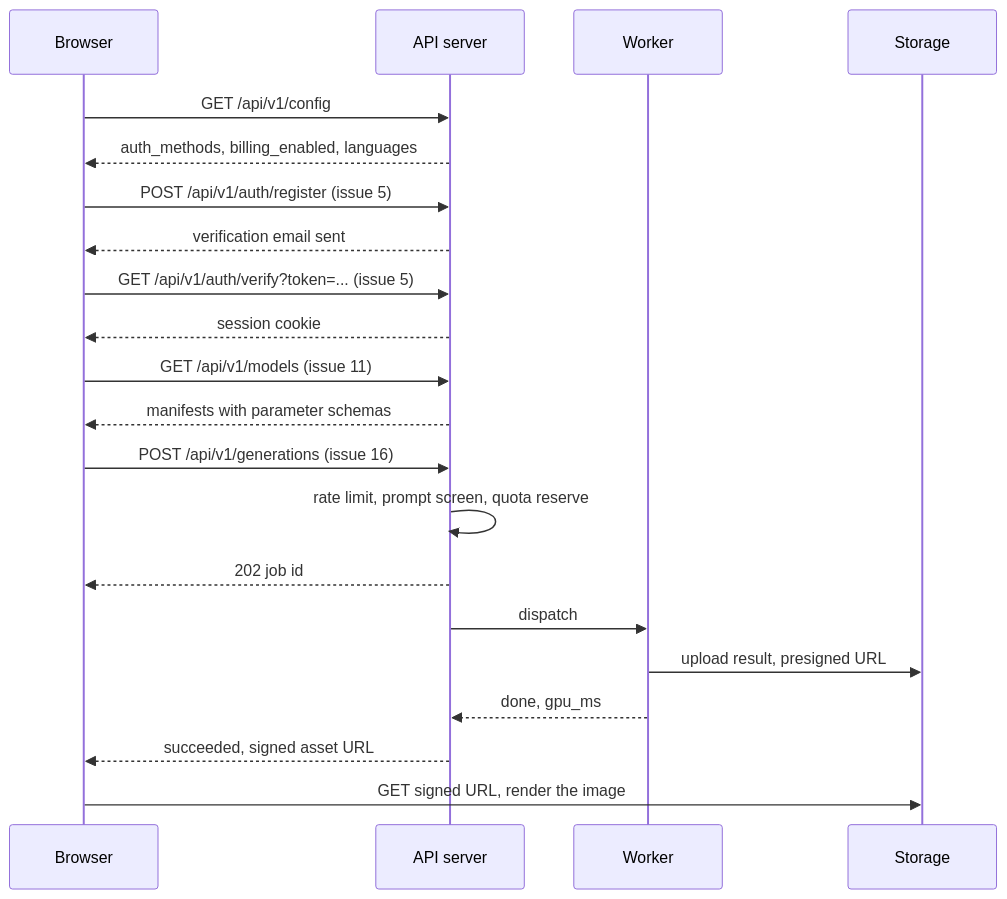
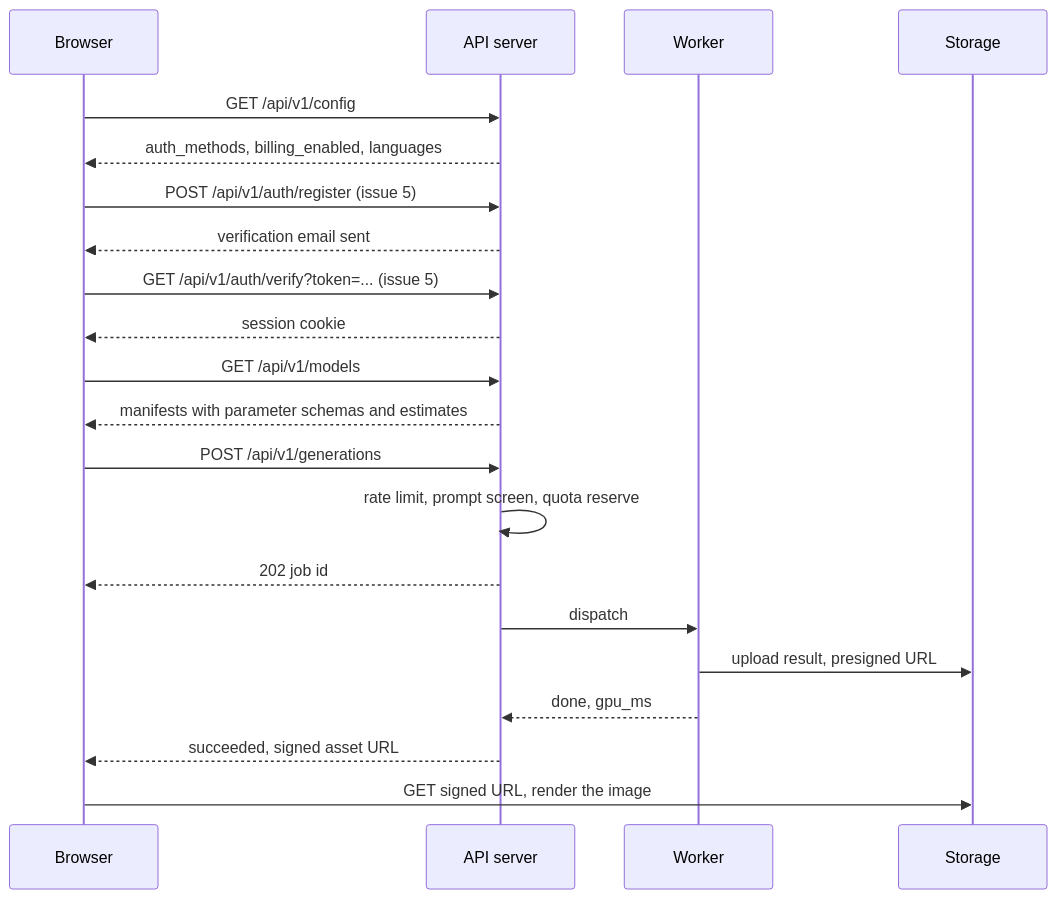
The first of 3 diagrams in docs/api.md (Portocolom-Studio/potocolom), drawn with Mermaid before and after one commit. The commit also changed other lines of this file and 5 other files, not shown here.

````diff
--- a/docs/api.md
+++ b/docs/api.md
@@ -150,23 +196,23 @@
 ```mermaid
 sequenceDiagram
     participant B as Browser
     participant A as API server
     participant W as Worker
     participant S as Storage
     B->>A: GET /api/v1/config
     A-->>B: auth_methods, billing_enabled, languages
     B->>A: POST /api/v1/auth/register (issue 5)
     A-->>B: verification email sent
     B->>A: GET /api/v1/auth/verify?token=... (issue 5)
     A-->>B: session cookie
-    B->>A: GET /api/v1/models (issue 11)
-    A-->>B: manifests with parameter schemas
-    B->>A: POST /api/v1/generations (issue 16)
+    B->>A: GET /api/v1/models
+    A-->>B: manifests with parameter schemas and estimates
+    B->>A: POST /api/v1/generations
     A->>A: rate limit, prompt screen, quota reserve
     A-->>B: 202 job id
     A->>W: dispatch
     W->>S: upload result, presigned URL
     W-->>A: done, gpu_ms
     A-->>B: succeeded, signed asset URL
     B->>S: GET signed URL, render the image
 ```
````
